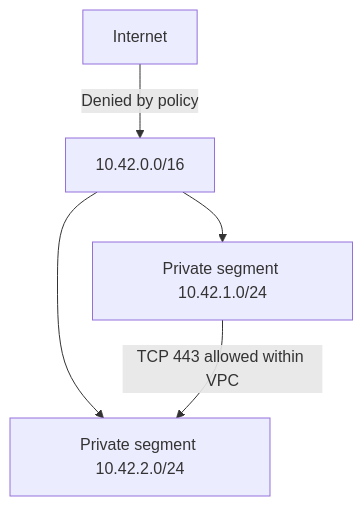
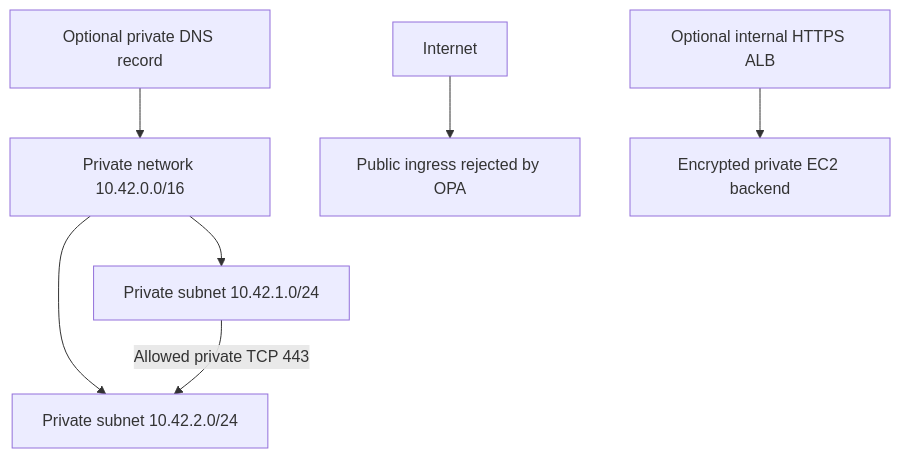
The third of 3 diagrams in docs/architecture.md (jayekwere/infraforge), drawn with Mermaid before and after one commit. The commit also changed other lines of this file and 54 other files, not shown here.

````diff
--- a/docs/architecture.md
+++ b/docs/architecture.md
@@ -17,7 +38,9 @@
 ```mermaid
 flowchart TD
-  VPC[10.42.0.0/16] --> A[Private segment 10.42.1.0/24]
-  VPC --> B[Private segment 10.42.2.0/24]
-  A -->|TCP 443 allowed within VPC| B
-  Internet -->|Denied by policy| VPC
+  VPC[Private network 10.42.0.0/16] --> A[Private subnet 10.42.1.0/24]
+  VPC --> B[Private subnet 10.42.2.0/24]
+  A -->|Allowed private TCP 443| B
+  Internet --> Deny[Public ingress rejected by OPA]
+  LB[Optional internal HTTPS ALB] --> Backend[Encrypted private EC2 backend]
+  DNS[Optional private DNS record] --> VPC
 ```
````
